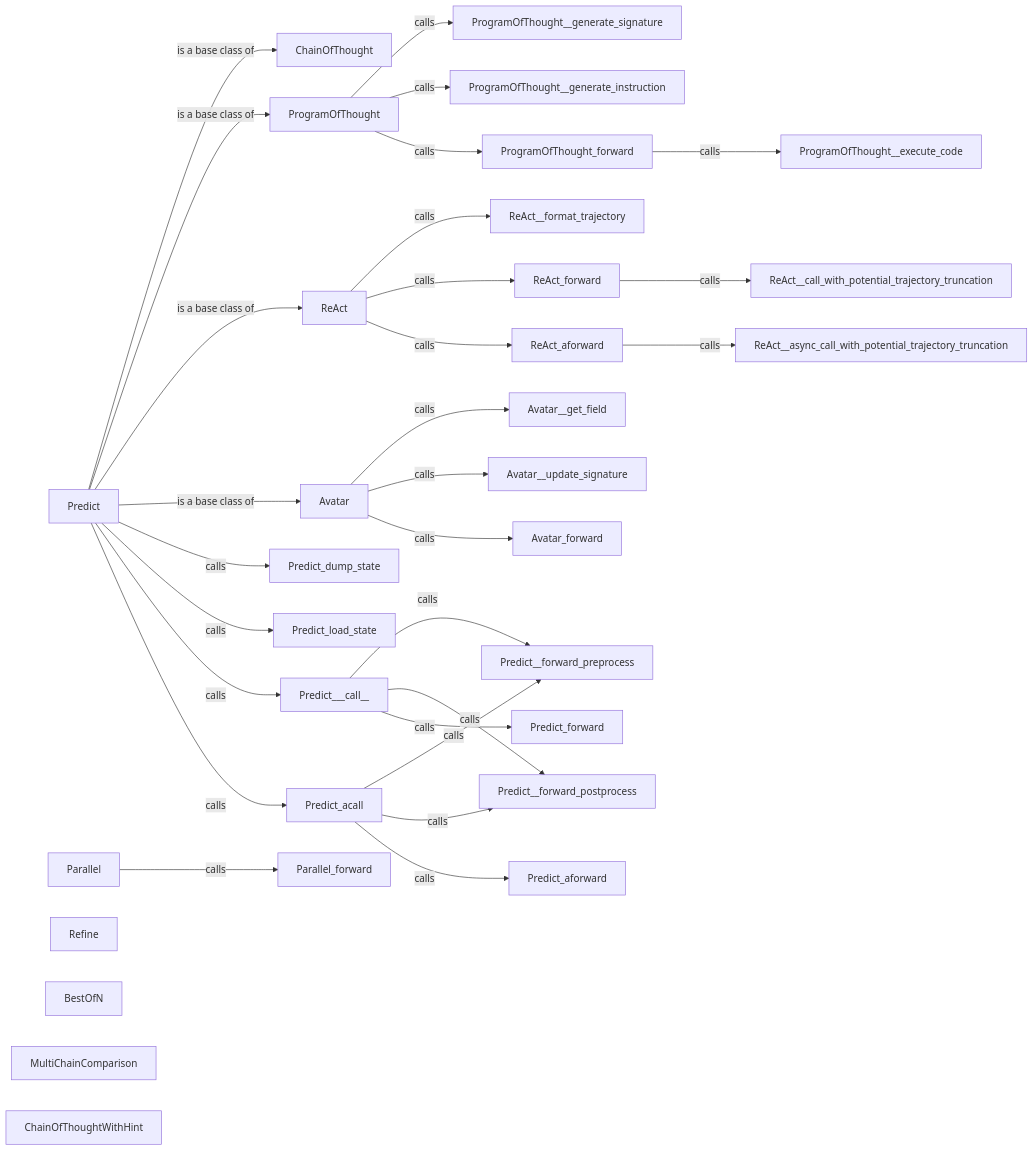
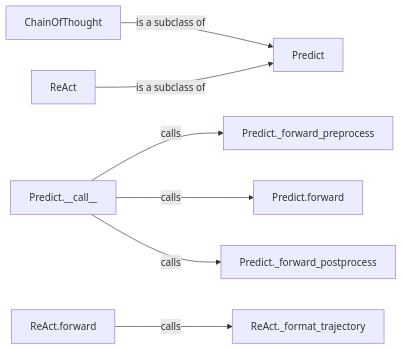
The diagram in dspy/Prediction Strategies.md (CodeBoarding/GeneratedOnBoardings), drawn with Mermaid before and after one commit. The commit also changed other lines of this file and 5 other files, not shown here.

````diff
--- a/dspy/Prediction Strategies.md
+++ b/dspy/Prediction Strategies.md
@@ -1,40 +1,18 @@
 ```mermaid
 graph LR
     Predict["Predict"]
     ChainOfThought["ChainOfThought"]
-    ProgramOfThought["ProgramOfThought"]
     ReAct["ReAct"]
-    Avatar["Avatar"]
-    Parallel["Parallel"]
-    Refine["Refine"]
-    BestOfN["BestOfN"]
-    MultiChainComparison["MultiChainComparison"]
-    ChainOfThoughtWithHint["ChainOfThoughtWithHint"]
-    Predict -- "is a base class of" --> ChainOfThought
-    Predict -- "is a base class of" --> ProgramOfThought
-    Predict -- "is a base class of" --> ReAct
-    Predict -- "is a base class of" --> Avatar
-    Parallel -- "calls" --> Parallel_forward
-    ReAct -- "calls" --> ReAct__format_trajectory
-    ReAct -- "calls" --> ReAct_forward
-    ReAct -- "calls" --> ReAct_aforward
-    ReAct_forward -- "calls" --> ReAct__call_with_potential_trajectory_truncation
-    ReAct_aforward -- "calls" --> ReAct__async_call_with_potential_trajectory_truncation
-    ProgramOfThought -- "calls" --> ProgramOfThought__generate_signature
-    ProgramOfThought -- "calls" --> ProgramOfThought__generate_instruction
-    ProgramOfThought -- "calls" --> ProgramOfThought_forward
-    ProgramOfThought_forward -- "calls" --> ProgramOfThought__execute_code
-    Predict -- "calls" --> Predict_dump_state
-    Predict -- "calls" --> Predict_load_state
-    Predict -- "calls" --> Predict___call__
-    Predict -- "calls" --> Predict_acall
+    Predict___call__["Predict.__call__"]
+    Predict_forward["Predict.forward"]
+    Predict__forward_preprocess["Predict._forward_preprocess"]
+    Predict__forward_postprocess["Predict._forward_postprocess"]
+    ReAct__format_trajectory["ReAct._format_trajectory"]
+    ReAct_forward["ReAct.forward"]
+    ChainOfThought -- "is a subclass of" --> Predict
+    ReAct -- "is a subclass of" --> Predict
     Predict___call__ -- "calls" --> Predict__forward_preprocess
+    Predict___call__ -- "calls" --> Predict_forward
     Predict___call__ -- "calls" --> Predict__forward_postprocess
-    Predict___call__ -- "calls" --> Predict_forward
-    Predict_acall -- "calls" --> Predict__forward_preprocess
-    Predict_acall -- "calls" --> Predict__forward_postprocess
-    Predict_acall -- "calls" --> Predict_aforward
-    Avatar -- "calls" --> Avatar__get_field
-    Avatar -- "calls" --> Avatar__update_signature
-    Avatar -- "calls" --> Avatar_forward
+    ReAct_forward -- "calls" --> ReAct__format_trajectory
 ```
````
